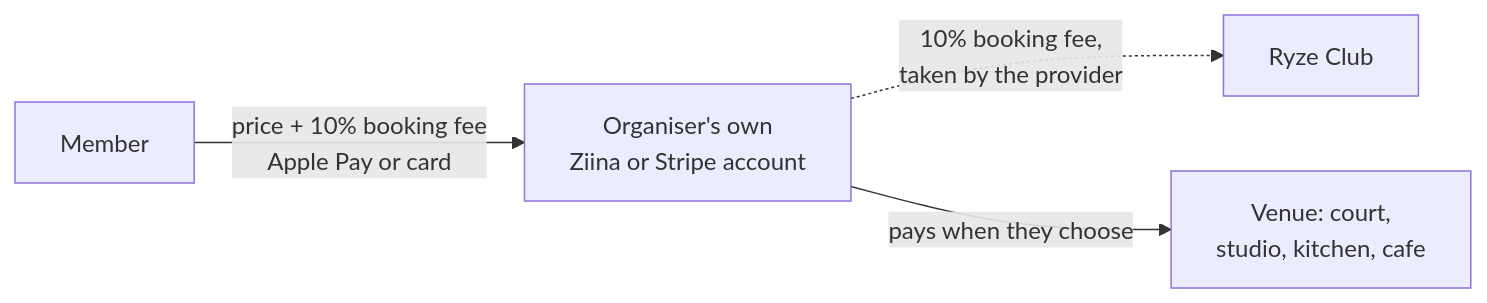
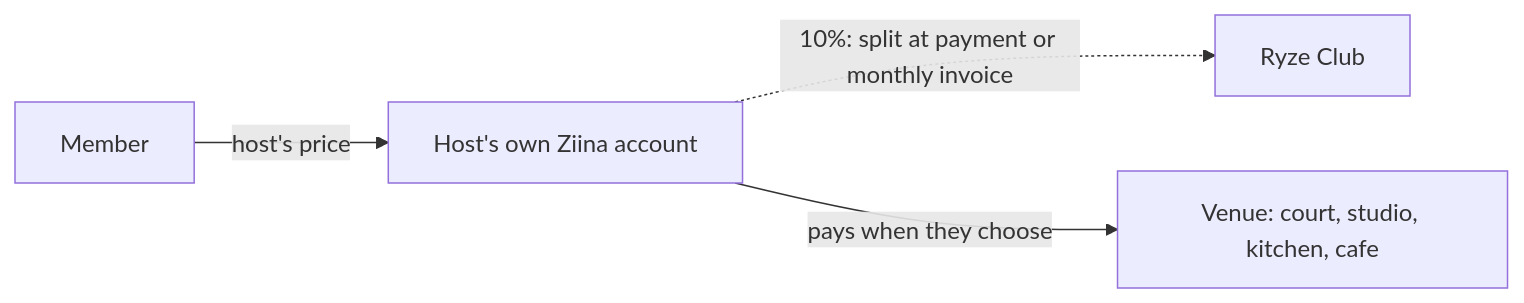
One commit to Jed-byte/ryzeclub changed the diagram in docs/initiatives/initiative-001-community-fitness-dubai/business/money-flows.md. Above: the diagram before and after it, drawn with Mermaid. The commit also changed other lines of this file and 3 other files, not shown here.

````diff
--- a/docs/initiatives/initiative-001-community-fitness-dubai/business/money-flows.md
+++ b/docs/initiatives/initiative-001-community-fitness-dubai/business/money-flows.md
@@ -25,6 +22,6 @@
 ```mermaid
 flowchart LR
-    M[Member] -->|price + 10% booking fee<br/>Apple Pay or card| O[Organiser's own<br/>Ziina or Stripe account]
-    O -.->|10% booking fee,<br/>taken by the provider| R[Ryze Club]
-    O -->|pays when they choose| V[Venue: court,<br/>studio, kitchen, cafe]
+    M[Member] -->|host's price| H[Host's own Ziina account]
+    H -.->|10%: split at payment or monthly invoice| R[Ryze Club]
+    H -->|pays when they choose| V[Venue: court, studio, kitchen, cafe]
 ```
````
